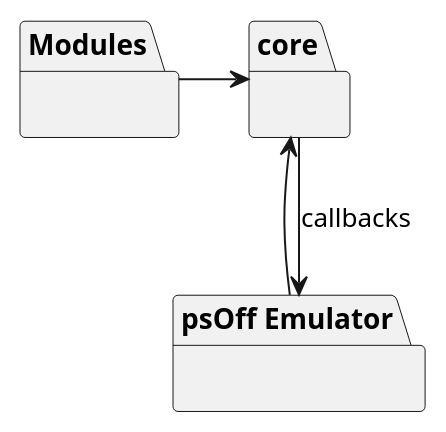
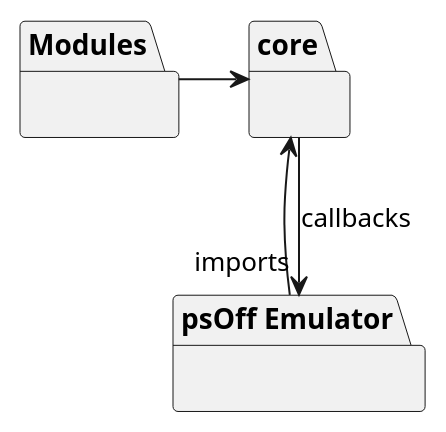
One commit to SysRay/psOff_public changed the diagram in docs/uml/modules/coreDeps.puml. Above: the diagram before and after it, drawn with PlantUML. The commit also changed 9 other files, not shown here.

```diff
--- a/docs/uml/modules/coreDeps.puml
+++ b/docs/uml/modules/coreDeps.puml
@@ -1,18 +1,18 @@
 @startuml
 skinparam classAttributeIconSize 0
 
 package Modules {}
 
 package core {
 }
 
 package "psOff Emulator" {
 
 }
 
 Modules -> core
 
 core <-- "psOff Emulator"
-core --> "psOff Emulator" : callbacks
+core --> "psOff Emulator" : callbacks "imports"
 
 @enduml
```
